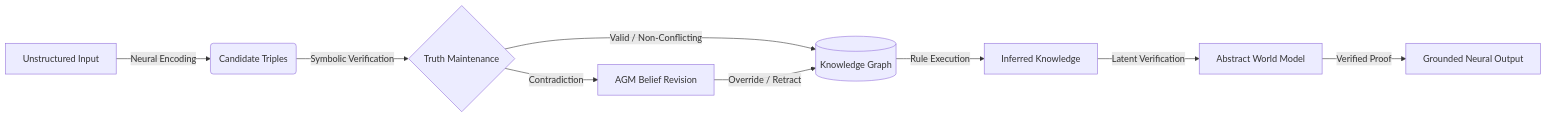
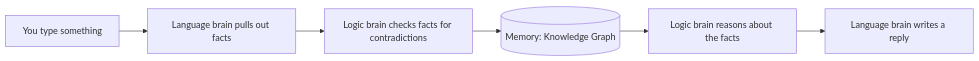
Before and after one commit to DudeSquad999/Prism-Ai: the first of 5 diagrams in README.md, drawn with Mermaid. The commit also changed other lines of this file, not shown here.

````diff
--- a/README.md
+++ b/README.md
@@ -68,11 +45,8 @@
 ```mermaid
 flowchart LR
-    A[Unstructured Input] -->|Neural Encoding| B(Candidate Triples)
-    B -->|Symbolic Verification| C{Truth Maintenance}
-    C -->|Valid / Non-Conflicting| D[(Knowledge Graph)]
-    C -->|Contradiction| E[AGM Belief Revision]
-    E -->|Override / Retract| D
-    D -->|Rule Execution| F[Inferred Knowledge]
-    F -->|Latent Verification| G[Abstract World Model]
-    G -->|Verified Proof| H[Grounded Neural Output]
+    A[You type something] --> B[Language brain pulls out facts]
+    B --> C[Logic brain checks facts for contradictions]
+    C --> D[(Memory: Knowledge Graph)]
+    D --> E[Logic brain reasons about the facts]
+    E --> F[Language brain writes a reply]
 ```
````
